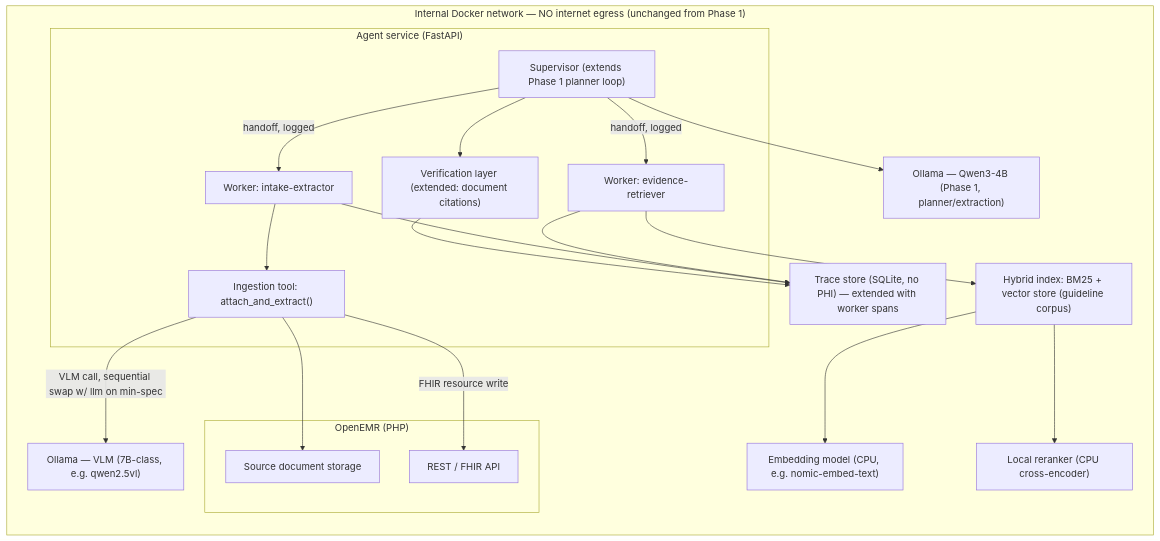
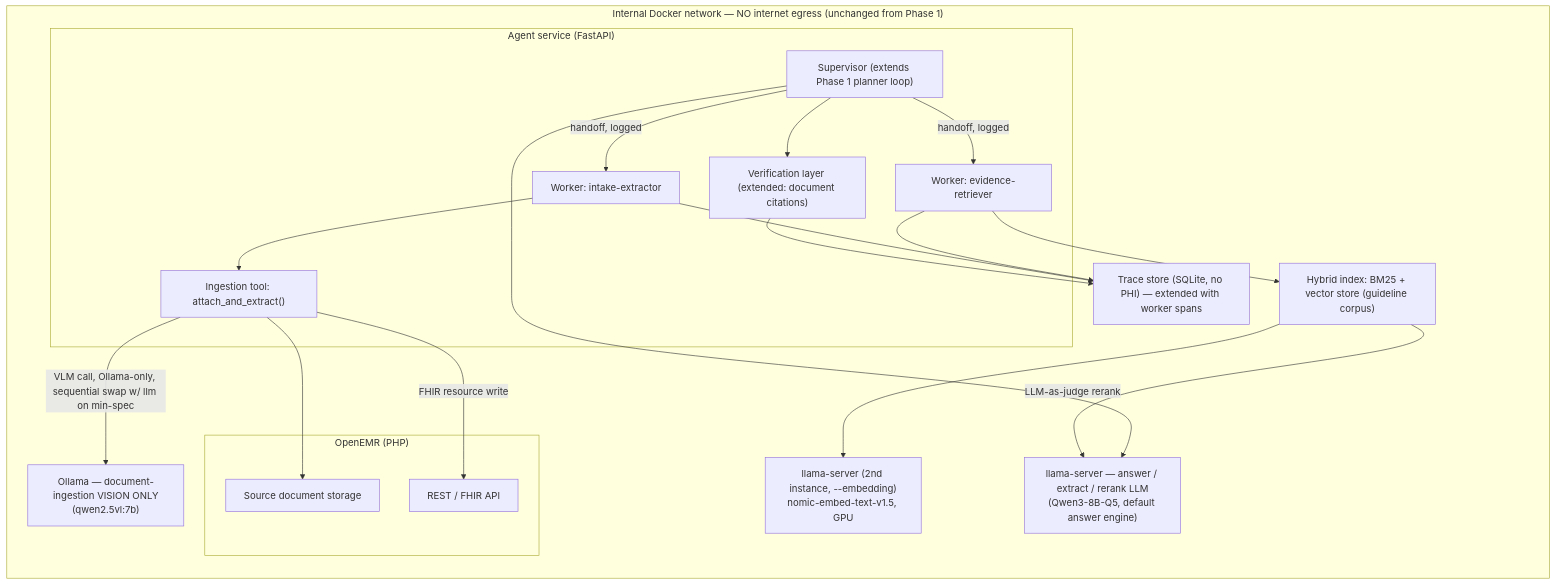
The first of 2 diagrams in docs/W2_ARCHITECTURE.md (franciszver/agentforge-2-evidence-agent), drawn with Mermaid before and after one commit. The commit also changed other lines of this file and 1 other file, not shown here.

First line of the commit message:
docs(architecture): document final partial-consolidation inference architecture

````diff
--- a/docs/W2_ARCHITECTURE.md
+++ b/docs/W2_ARCHITECTURE.md
@@ -52,41 +58,40 @@
 ```mermaid
 flowchart TB
     subgraph net["Internal Docker network — NO internet egress (unchanged from Phase 1)"]
         direction TB
 
         subgraph openemr["OpenEMR (PHP)"]
             api["REST / FHIR API"]
             docstore["Source document storage"]
         end
 
         subgraph agent["Agent service (FastAPI)"]
             sup["Supervisor (extends Phase 1 planner loop)"]
             intake["Worker: intake-extractor"]
             retr["Worker: evidence-retriever"]
             verify["Verification layer (extended: document citations)"]
             ingest["Ingestion tool: attach_and_extract()"]
         end
 
-        vlm["Ollama — VLM (7B-class, e.g. qwen2.5vl)"]
-        llm["Ollama — Qwen3-4B (Phase 1, planner/extraction)"]
-        embed["Embedding model (CPU, e.g. nomic-embed-text)"]
-        rerank["Local reranker (CPU cross-encoder)"]
+        vlm["Ollama — document-ingestion VISION ONLY<br/>(qwen2.5vl:7b)"]
+        llm["llama-server — answer / extract / rerank LLM<br/>(Qwen3-8B-Q5, default answer engine)"]
+        embed["llama-server (2nd instance, --embedding)<br/>nomic-embed-text-v1.5, GPU"]
         idx["Hybrid index: BM25 + vector store (guideline corpus)"]
         trace["Trace store (SQLite, no PHI) — extended with worker spans"]
     end
 
     sup -->|handoff, logged| intake
     sup -->|handoff, logged| retr
     intake --> ingest
-    ingest -->|VLM call, sequential swap w/ llm on min-spec| vlm
+    ingest -->|VLM call, Ollama-only, sequential swap w/ llm on min-spec| vlm
     ingest --> docstore
     ingest -->|FHIR resource write| api
     retr --> idx
     idx --> embed
-    idx --> rerank
+    idx -->|LLM-as-judge rerank| llm
     sup --> llm
     sup --> verify
     verify --> trace
     intake --> trace
     retr --> trace
 ```
````
